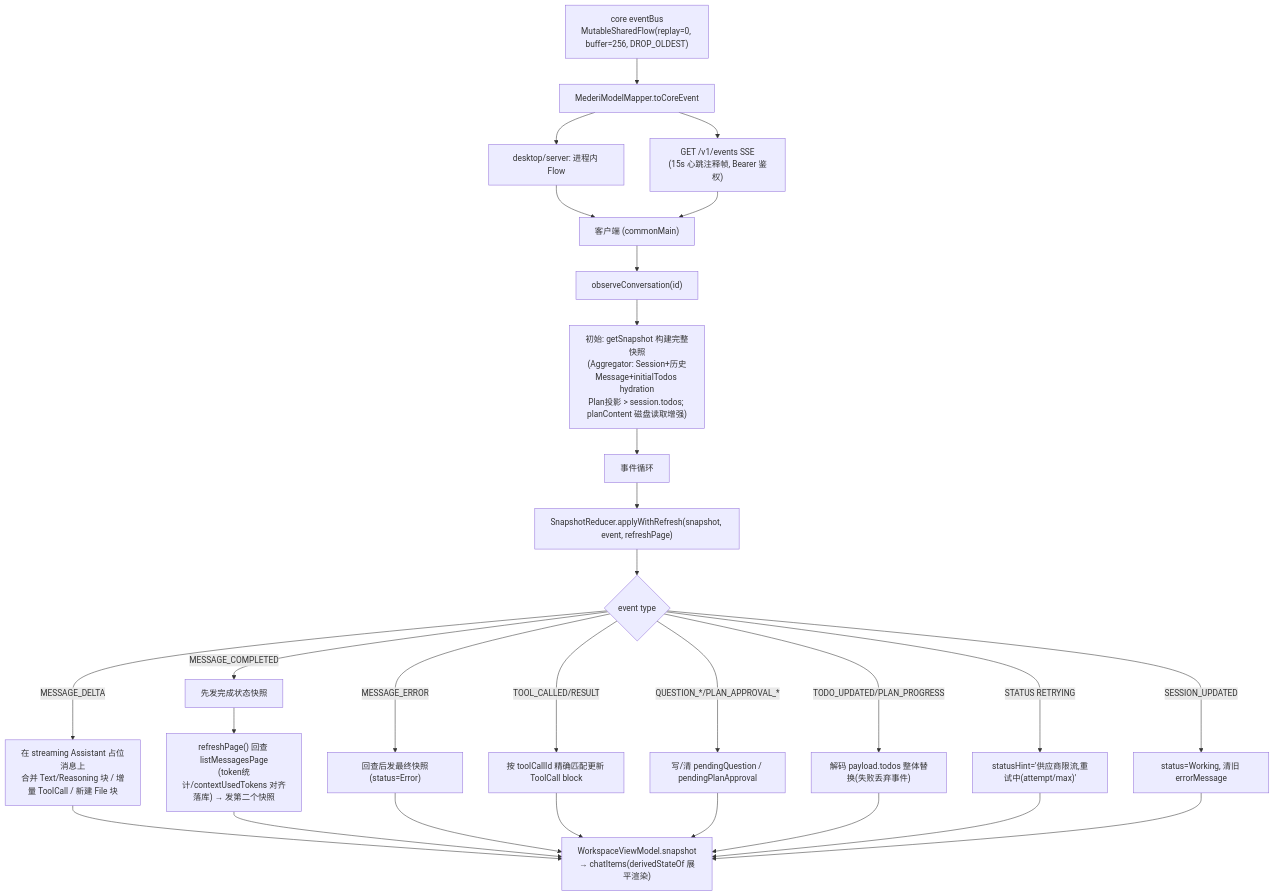
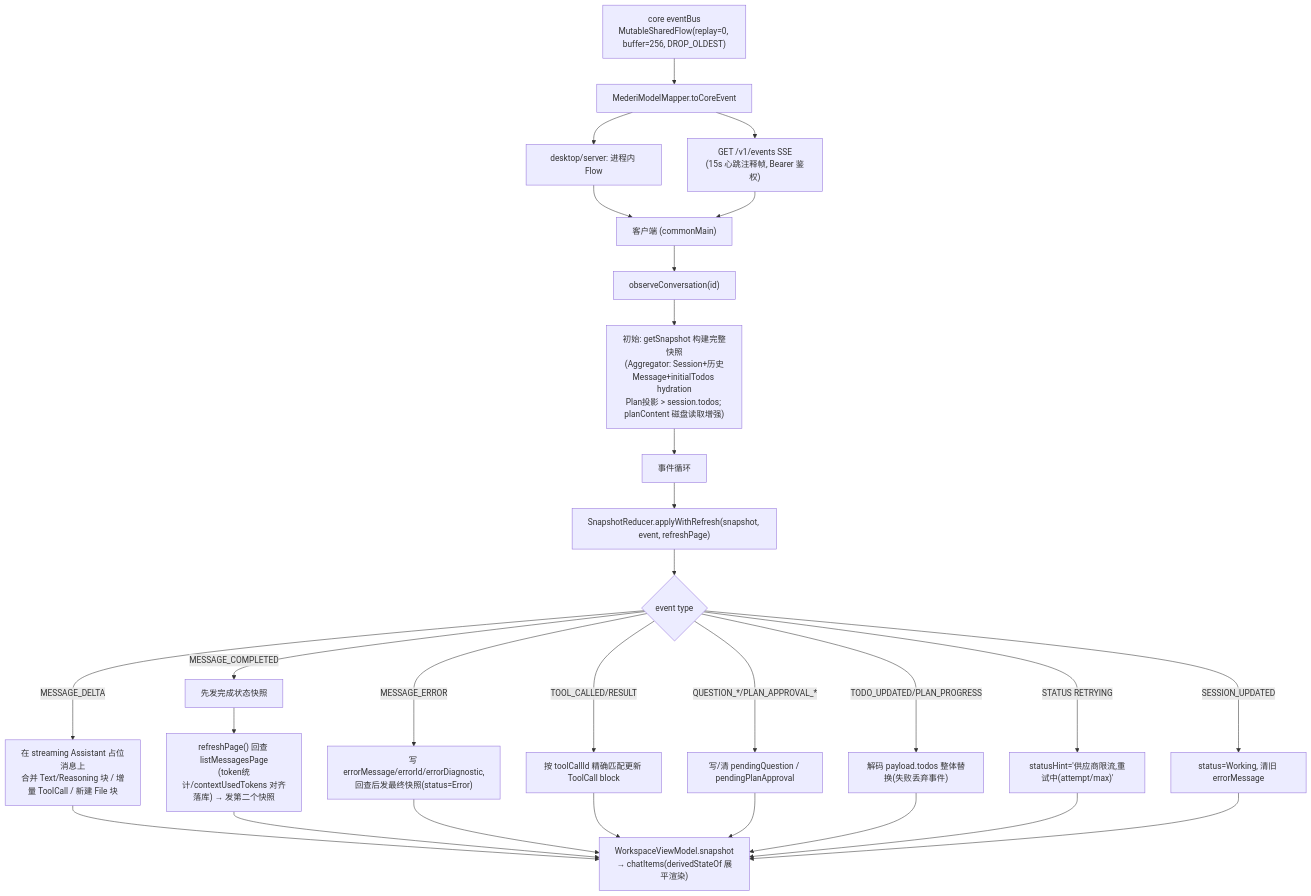
Before and after one commit to lzdev42/mederi: the third of 15 diagrams in mederi/docs/architecture/04-flows.md, drawn with Mermaid. The commit also changed other lines of this file and 45 other files, not shown here.

````diff
--- a/mederi/docs/architecture/04-flows.md
+++ b/mederi/docs/architecture/04-flows.md
@@ -96,22 +96,22 @@
 ```mermaid
 flowchart TD
     EB["core eventBus<br/>MutableSharedFlow(replay=0, buffer=256, DROP_OLDEST)"] --> MAP["MederiModelMapper.toCoreEvent"]
     MAP --> CH1["desktop/server: 进程内 Flow"]
     MAP --> CH2["GET /v1/events SSE<br/>(15s 心跳注释帧, Bearer 鉴权)"]
     CH1 & CH2 --> CLIENT["客户端 (commonMain)"]
     CLIENT --> OB["observeConversation(id)"]
     OB --> INIT["初始: getSnapshot 构建完整快照<br/>(Aggregator: Session+历史Message+initialTodos hydration<br/>Plan投影 > session.todos; planContent 磁盘读取增强)"]
     INIT --> LOOP
     LOOP["事件循环"] --> SR["SnapshotReducer.applyWithRefresh(snapshot, event, refreshPage)"]
     SR --> SW{"event type"}
     SW -- "MESSAGE_DELTA" --> D["在 streaming Assistant 占位消息上<br/>合并 Text/Reasoning 块 / 增量 ToolCall / 新建 File 块"]
     SW -- "MESSAGE_COMPLETED" --> C1["先发完成状态快照"]
     C1 --> C2["refreshPage() 回查 listMessagesPage<br/>(token统计/contextUsedTokens 对齐落库) → 发第二个快照"]
-    SW -- "MESSAGE_ERROR" --> ER["回查后发最终快照(status=Error)"]
+    SW -- "MESSAGE_ERROR" --> ER["写 errorMessage/errorId/errorDiagnostic,<br/>回查后发最终快照(status=Error)"]
     SW -- "TOOL_CALLED/RESULT" --> TO["按 toolCallId 精确匹配更新 ToolCall block"]
     SW -- "QUESTION_*/PLAN_APPROVAL_*" --> PE["写/清 pendingQuestion / pendingPlanApproval"]
     SW -- "TODO_UPDATED/PLAN_PROGRESS" --> TD["解码 payload.todos 整体替换(失败丢弃事件)"]
     SW -- "STATUS RETRYING" --> ST["statusHint='供应商限流,重试中(attempt/max)'"]
     SW -- "SESSION_UPDATED" --> SU["status=Working, 清旧 errorMessage"]
     D & C2 & ER & TO & PE & TD & ST & SU --> UI["WorkspaceViewModel.snapshot<br/>→ chatItems(derivedStateOf 展平渲染)"]
 ```
````
